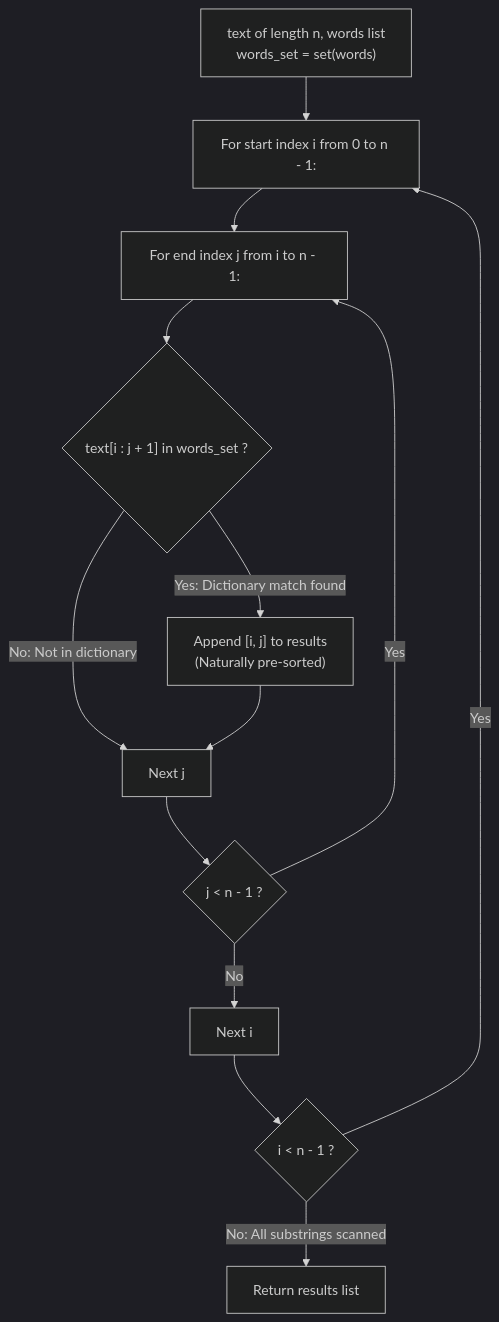
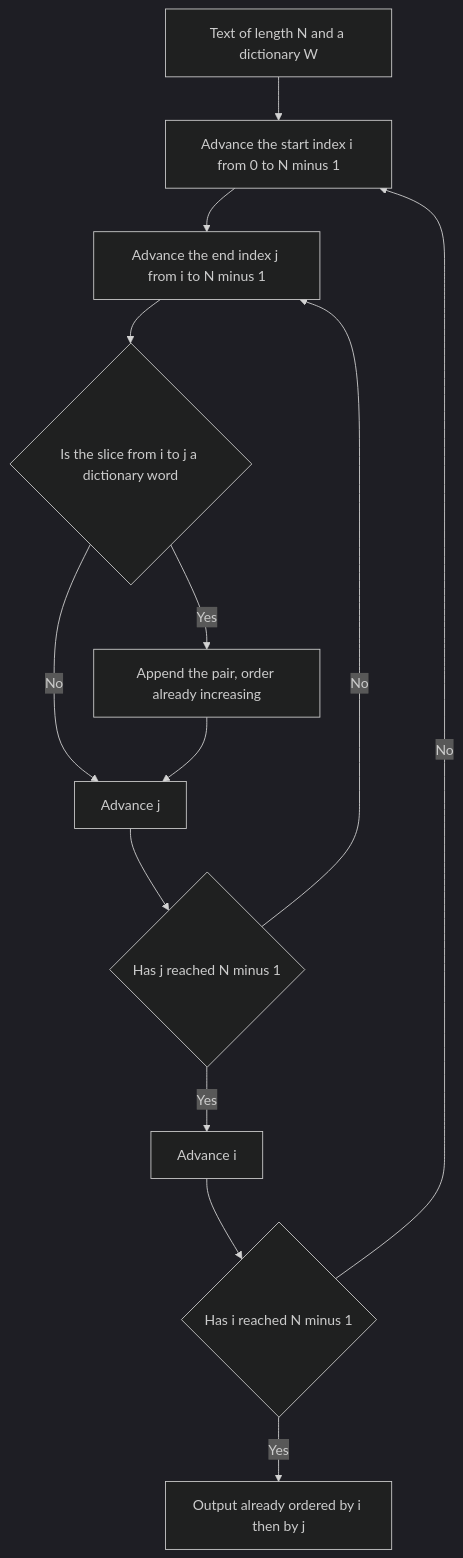
The diagram in dsa/leetcode/1065_index-pairs-of-a-string/guided_example.md (dawei7/code_n), drawn with Mermaid (dark theme) before and after one commit. The commit also changed other lines of this file and 24 other files, not shown here.

````diff
--- a/dsa/leetcode/1065_index-pairs-of-a-string/guided_example.md
+++ b/dsa/leetcode/1065_index-pairs-of-a-string/guided_example.md
@@ -96,17 +87,17 @@
 ```mermaid
 flowchart TD
-    accTitle: Index Pairs of a String Pipeline
-    accDescr: Flowchart illustrating hash set conversion, nested loop enumeration, and direct pre-sorted pair collection
-    Start["text of length n, words list\nwords_set = set(words)"] --> LoopI["For start index i from 0 to n - 1:"]
-    LoopI --> LoopJ["For end index j from i to n - 1:"]
-    LoopJ --> CheckWord{"text[i : j + 1] in words_set ?"}
-    CheckWord -->|"Yes: Dictionary match found"| AppendPair["Append [i, j] to results\n(Naturally pre-sorted)"]
-    CheckWord -->|"No: Not in dictionary"| NextJ["Next j"]
-    AppendPair --> NextJ
-    NextJ --> CheckJDone{"j < n - 1 ?"}
-    CheckJDone -->|"Yes"| LoopJ
-    CheckJDone -->|"No"| NextI["Next i"]
-    NextI --> CheckIDone{"i < n - 1 ?"}
-    CheckIDone -->|"Yes"| LoopI
-    CheckIDone -->|"No: All substrings scanned"| Finish["Return results list"]
+    accTitle: Pre-Sorted Candidate Enumeration
+    accDescr: Nested index sweeps enumerate candidate pairs in increasing lexicographic order, each slice is tested against the dictionary, and matches are appended on discovery so the output needs no sorting step
+    Start["Text of length N and a dictionary W"] --> Outer["Advance the start index i from 0 to N minus 1"]
+    Outer --> Inner["Advance the end index j from i to N minus 1"]
+    Inner --> Test{"Is the slice from i to j a dictionary word"}
+    Test -->|"Yes"| Append["Append the pair, order already increasing"]
+    Test -->|"No"| Next["Advance j"]
+    Append --> Next
+    Next --> Done{"Has j reached N minus 1"}
+    Done -->|"No"| Inner
+    Done -->|"Yes"| NextI["Advance i"]
+    NextI --> More{"Has i reached N minus 1"}
+    More -->|"No"| Outer
+    More -->|"Yes"| Result["Output already ordered by i then by j"]
 ```
````
